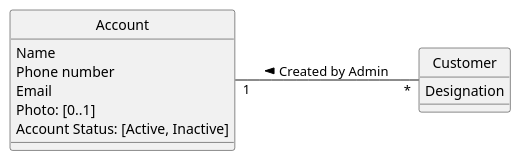
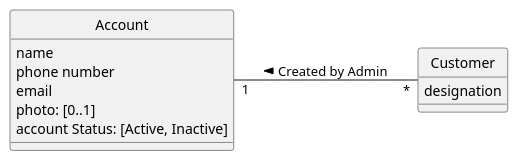
Before and after one commit to ivo-menezes/project_g3: the diagram in docs/modelling_design/user_stories/us009/US009_AddACustomerDMD.puml, drawn with PlantUML.

Commit message:
US009 :Design : Updated AddACustomer DMD

```diff
--- a/docs/modelling_design/user_stories/us009/US009_AddACustomerDMD.puml
+++ b/docs/modelling_design/user_stories/us009/US009_AddACustomerDMD.puml
@@ -1,20 +1,20 @@
 @startuml
 skinparam style strictuml
 left to right direction
 skinparam groupInheritance 3
 
  class "Account" {
-   Name
-   Phone number
-   Email
-   Photo: [0..1]
+   name
+   phone number
+   email
+   photo: [0..1]
    'the [0..1] in Photo indicates an optional value, see Craig 2004, p.121
-   Account Status: [Active, Inactive]
+   account Status: [Active, Inactive]
  }
 
  class Customer {
- Designation
+ designation
  }
 
 "Account" "1" -- "*" Customer: Created by Admin <
 @enduml
```
